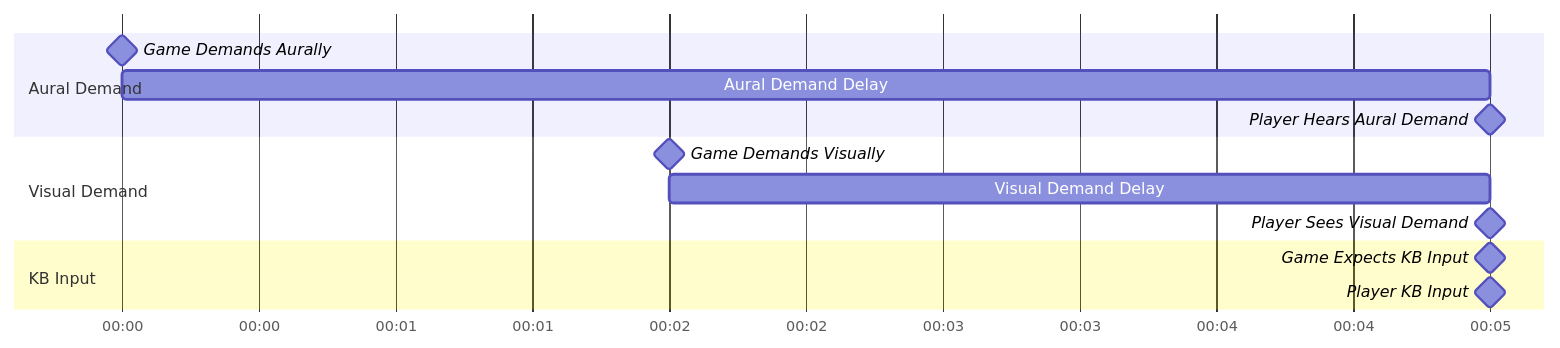
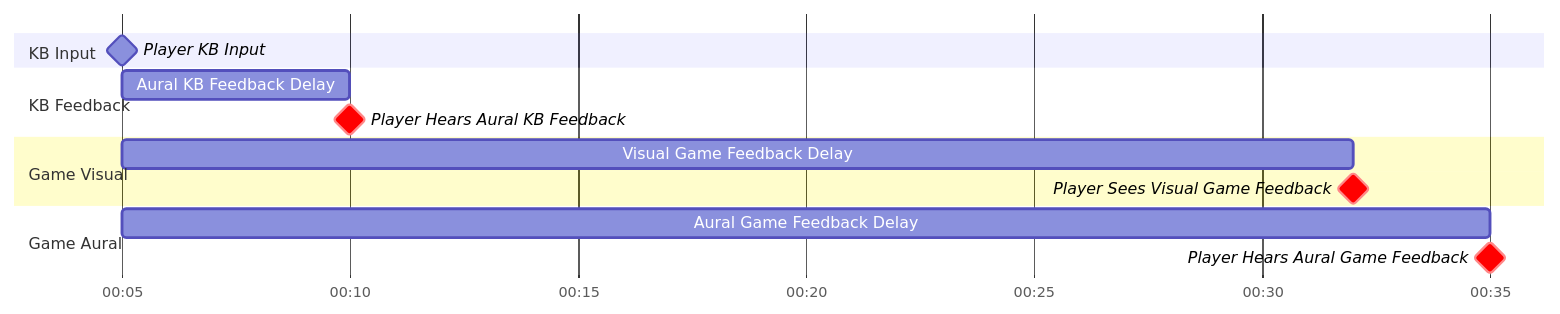
The second of 14 diagrams in _posts/2024-08-26-hitsounds.md (Eve-ning/Eve-ning.github.io), drawn with Mermaid before and after one commit. The commit also changed other lines of this file, not shown here.

````diff
--- a/_posts/2024-08-26-hitsounds.md
+++ b/_posts/2024-08-26-hitsounds.md
@@ -83,19 +87,19 @@
 ```mermaid
 gantt
   dateFormat mm:ss
   axisFormat %M:%S
+  section KB Input
+    Player KB Input: milestone, 00:05,
 
-  section Aural Demand
-    Game Demands Aurally: milestone, 00:00,
-    Aural Demand Delay: 00:00, 00:05
-    Player Hears Aural Demand: milestone, 00:05,
+  section KB Feedback
+    Aural KB Feedback Delay: 00:05, 00:10
+    Player Hears Aural KB Feedback: crit, milestone, 00:10,
 
-  section Visual Demand
-    Game Demands Visually: milestone, 00:02,
-    Visual Demand Delay: 00:02, 00:05
-    Player Sees Visual Demand: milestone, 00:05,
+  section Game Visual
+    Visual Game Feedback Delay: 00:05, 00:32
+    Player Sees Visual Game Feedback: crit, milestone, 00:32,
 
-  section KB Input
-    Game Expects KB Input: milestone, 00:05,
-    Player KB Input: milestone, 00:05,
+  section Game Aural
+    Aural Game Feedback Delay: 00:05, 00:35
+    Player Hears Aural Game Feedback: crit, milestone, 00:35,
 ```
````
